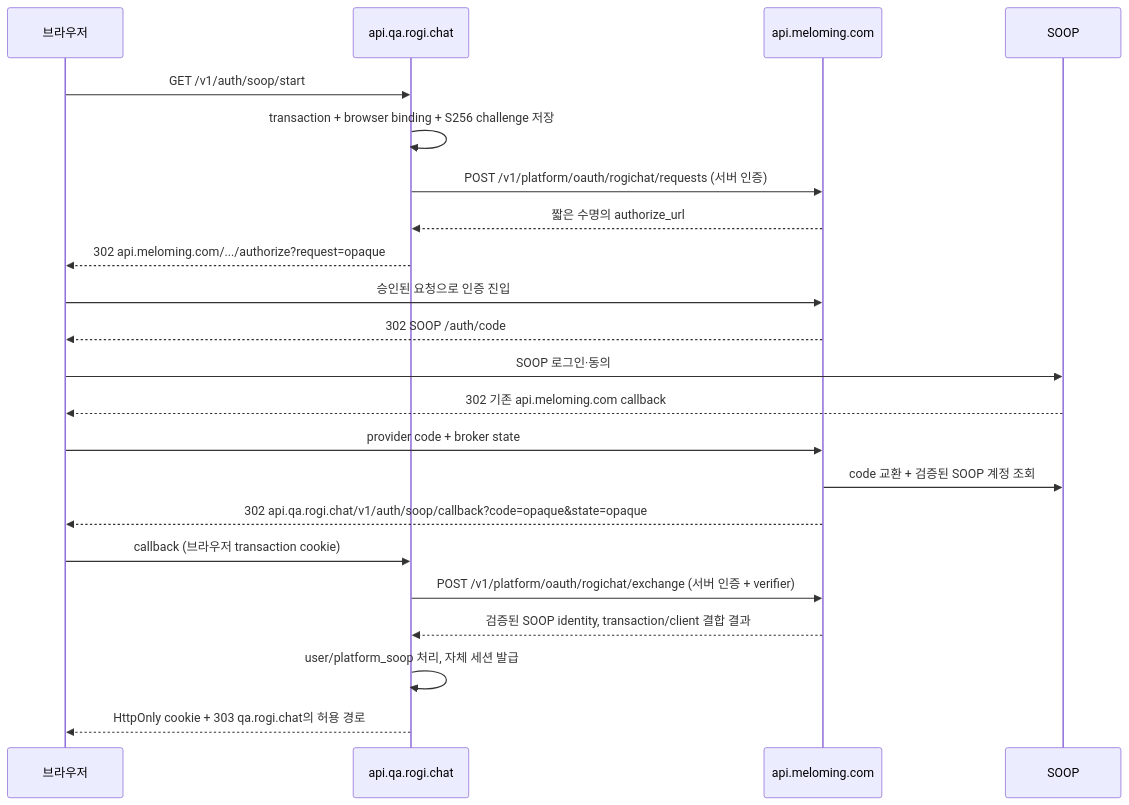
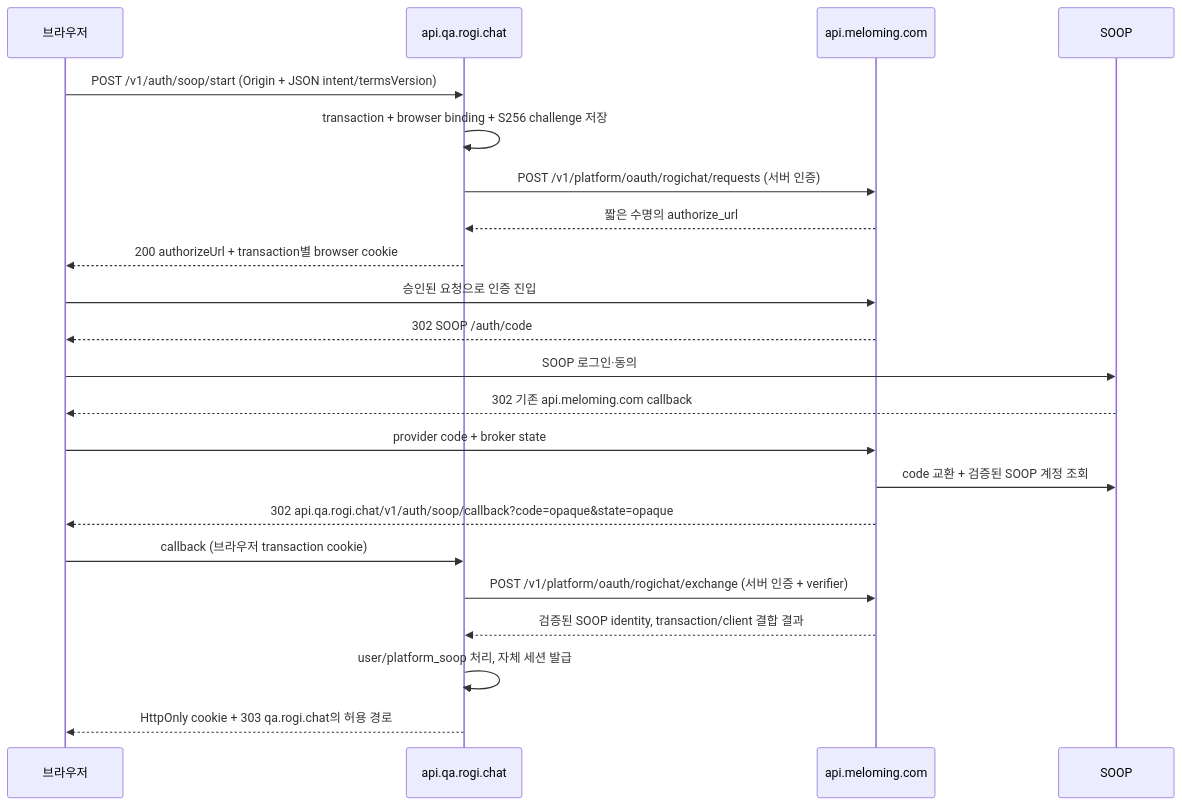
Before and after one commit to h66rogi/rogichat: the diagram in docs/soop-authentication.md, drawn with Mermaid. The commit also changed other lines of this file and 26 other files, not shown here.

Commit message:
feat(api): bind native sessions and authorize private recipient lookup

````diff
--- a/docs/soop-authentication.md
+++ b/docs/soop-authentication.md
@@ -71,24 +77,24 @@
 ```mermaid
 sequenceDiagram
   participant B as 브라우저
   participant R as api.qa.rogi.chat
   participant M as api.meloming.com
   participant S as SOOP
-  B->>R: GET /v1/auth/soop/start
+  B->>R: POST /v1/auth/soop/start (Origin + JSON intent/termsVersion)
   R->>R: transaction + browser binding + S256 challenge 저장
   R->>M: POST /v1/platform/oauth/rogichat/requests (서버 인증)
   M-->>R: 짧은 수명의 authorize_url
-  R-->>B: 302 api.meloming.com/.../authorize?request=opaque
+  R-->>B: 200 authorizeUrl + transaction별 browser cookie
   B->>M: 승인된 요청으로 인증 진입
   M-->>B: 302 SOOP /auth/code
   B->>S: SOOP 로그인·동의
   S-->>B: 302 기존 api.meloming.com callback
   B->>M: provider code + broker state
   M->>S: code 교환 + 검증된 SOOP 계정 조회
   M-->>B: 302 api.qa.rogi.chat/v1/auth/soop/callback?code=opaque&state=opaque
   B->>R: callback (브라우저 transaction cookie)
   R->>M: POST /v1/platform/oauth/rogichat/exchange (서버 인증 + verifier)
   M-->>R: 검증된 SOOP identity, transaction/client 결합 결과
   R->>R: user/platform_soop 처리, 자체 세션 발급
   R-->>B: HttpOnly cookie + 303 qa.rogi.chat의 허용 경로
 ```
````
